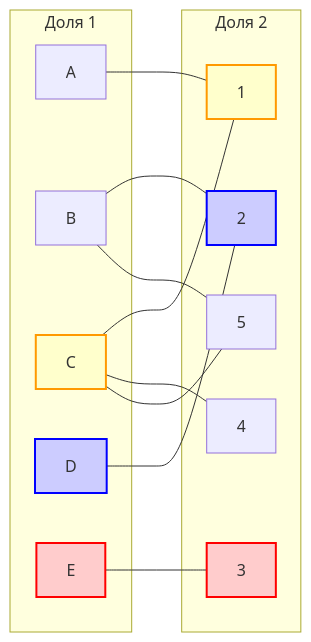
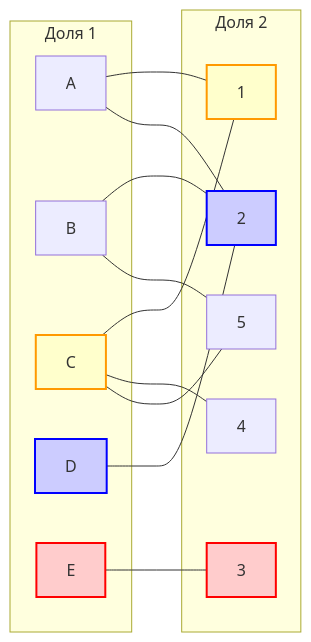
Before and after one commit to hse-algo-24-raven/manual-tasks-raven: the seventh of 11 diagrams in task-8/thatsall_team.md, drawn with Mermaid. The commit also changed other lines of this file, not shown here.

````diff
--- a/task-8/thatsall_team.md
+++ b/task-8/thatsall_team.md
@@ -277,31 +275,32 @@
 ```mermaid
 graph LR
     subgraph "Доля 1"
         A[A]
         B[B]
         C[C]
         D[D]
         E[E]
     end
     subgraph "Доля 2"
         1[1]
         2[2]
         3[3]
         4[4]
         5[5]
     end
     A --- 1
+    A --- 2
     B --- 2
     B --- 5
     C --- 1
     C --- 4
     C --- 5
     D --- 2
     E --- 3
     style E fill:#ffcccc, stroke:#ff0000, stroke-width:2px
     style 3 fill:#ffcccc, stroke:#ff0000, stroke-width:2px
     style D fill:#ccccff, stroke:#0000ff, stroke-width:2px
     style 2 fill:#ccccff, stroke:#0000ff, stroke-width:2px
     style C fill:#ffffcc, stroke:#ff9900, stroke-width:2px
     style 1 fill:#ffffcc, stroke:#ff9900, stroke-width:2px
 ```
````
